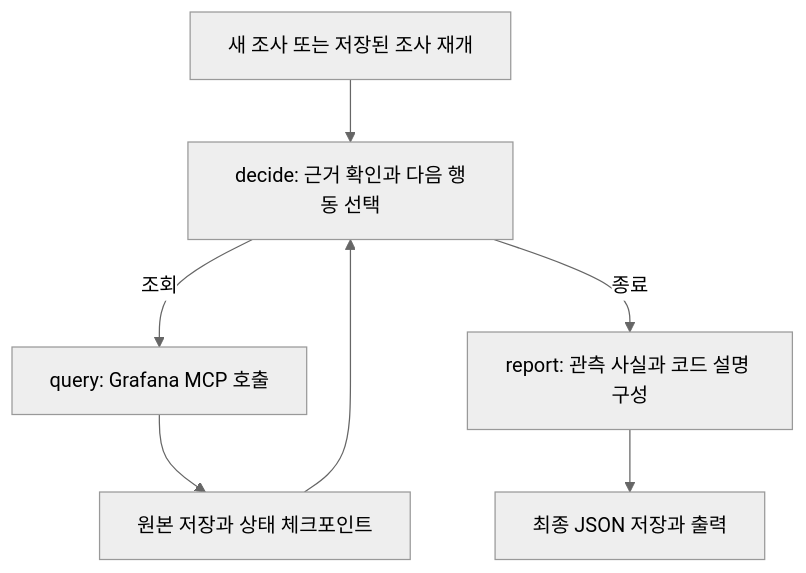
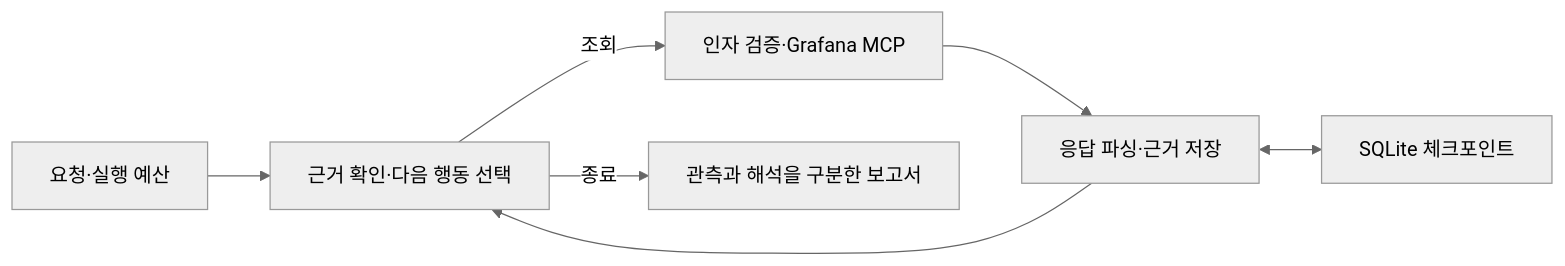
Before and after one commit to mediunn/Livith-Ops-Agent: the diagram in docs/architecture/agent-workflow.md, drawn with Mermaid (neutral theme). The commit also changed other lines of this file and 16 other files, not shown here.

````diff
--- a/docs/architecture/agent-workflow.md
+++ b/docs/architecture/agent-workflow.md
@@ -14,9 +8,9 @@
 ```mermaid
-flowchart TD
-  Start[새 조사 또는 저장된 조사 재개] --> Decide[decide: 근거 확인과 다음 행동 선택]
-  Decide -->|조회| Query[query: Grafana MCP 호출]
-  Query --> Save[원본 저장과 상태 체크포인트]
+flowchart LR
+  Start[요청·실행 예산] --> Decide[근거 확인·다음 행동 선택]
+  Decide -->|조회| Query[인자 검증·Grafana MCP]
+  Query --> Save[응답 파싱·근거 저장]
   Save --> Decide
-  Decide -->|종료| Report[report: 관측 사실과 코드 설명 구성]
-  Report --> Result[최종 JSON 저장과 출력]
+  Decide -->|종료| Report[관측과 해석을 구분한 보고서]
+  Save <--> Checkpoint[SQLite 체크포인트]
 ```
````
